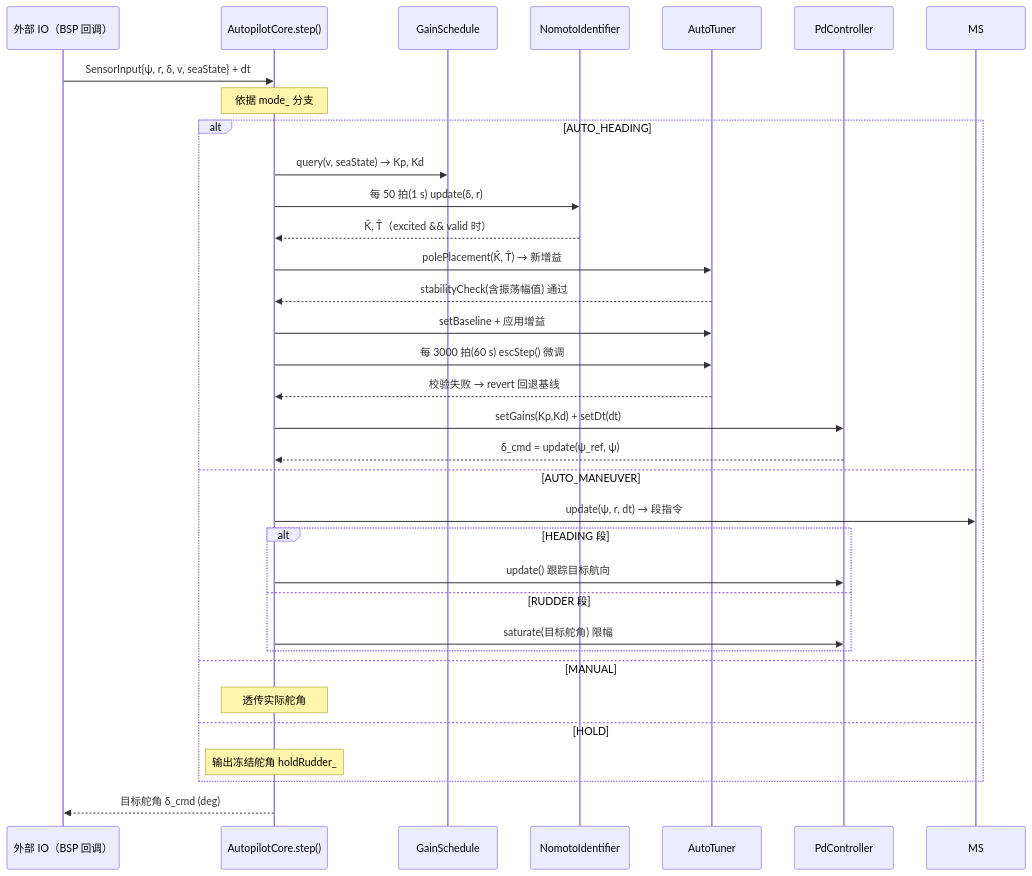
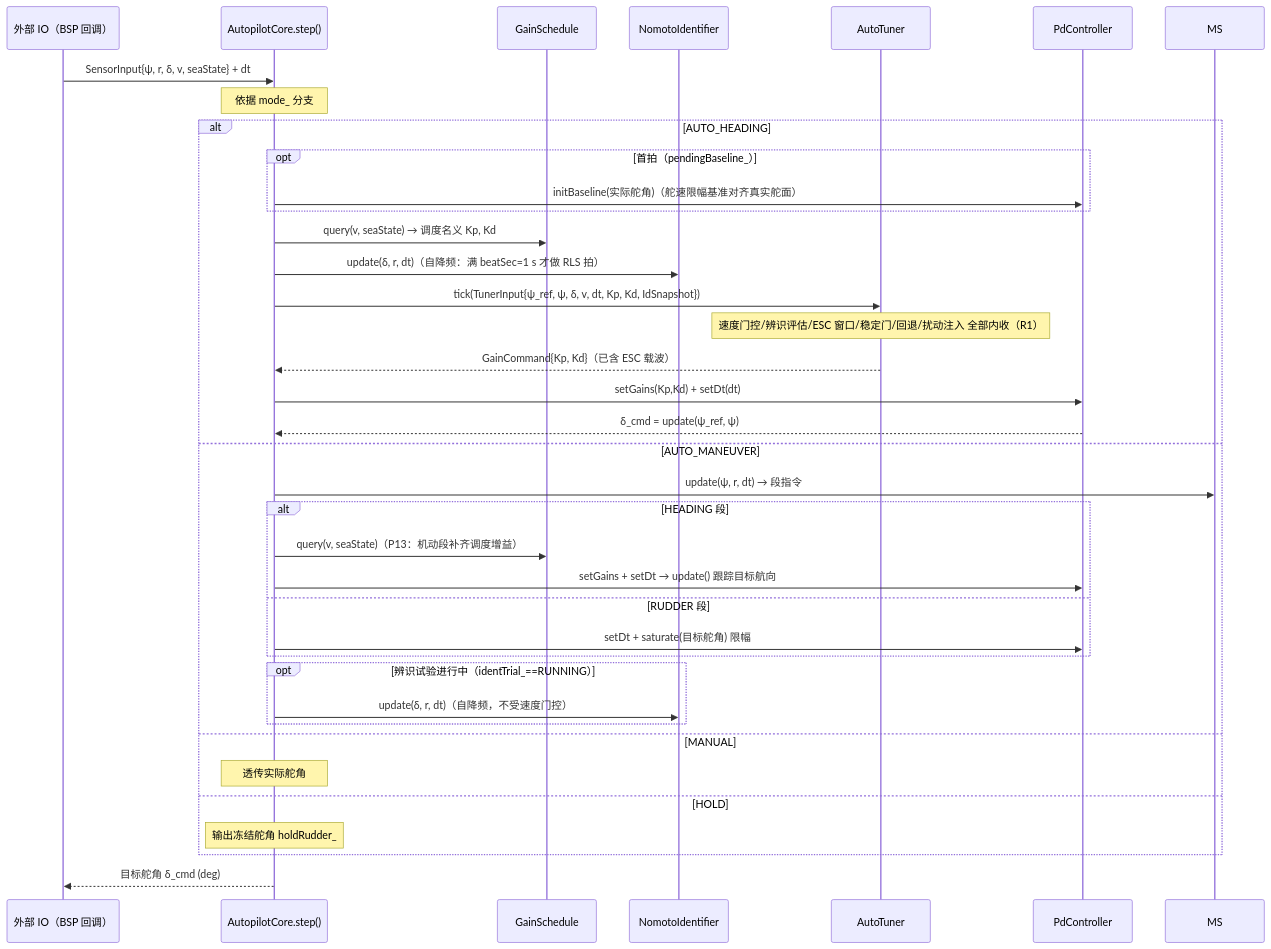
Diagram 11 of 19 in 软件设计与架构文档.md (jimaka/auto_rudder), drawn with Mermaid before and after one commit. The commit also changed other lines of this file and 15 other files, not shown here.

````diff
--- a/软件设计与架构文档.md
+++ b/软件设计与架构文档.md
@@ -395,36 +519,40 @@
 ```mermaid
 sequenceDiagram
     participant EXT as 外部 IO（BSP 回调）
     participant AP as AutopilotCore.step()
     participant GS as GainSchedule
     participant ID as NomotoIdentifier
     participant TU as AutoTuner
     participant PD as PdController
 
     EXT->>AP: SensorInput{ψ, r, δ, v, seaState} + dt
     Note over AP: 依据 mode_ 分支
     alt AUTO_HEADING
-        AP->>GS: query(v, seaState) → Kp, Kd
-        AP->>ID: 每 50 拍(1 s) update(δ, r)
-        ID-->>AP: K̂, T̂（excited && valid 时）
-        AP->>TU: polePlacement(K̂, T̂) → 新增益
-        TU-->>AP: stabilityCheck(含振荡幅值) 通过
-        AP->>TU: setBaseline + 应用增益
-        AP->>TU: 每 3000 拍(60 s) escStep() 微调
-        TU-->>AP: 校验失败 → revert 回退基线
+        opt 首拍（pendingBaseline_）
+            AP->>PD: initBaseline(实际舵角)（舵速限幅基准对齐真实舵面）
+        end
+        AP->>GS: query(v, seaState) → 调度名义 Kp, Kd
+        AP->>ID: update(δ, r, dt)（自降频：满 beatSec=1 s 才做 RLS 拍）
+        AP->>TU: tick(TunerInput{ψ_ref, ψ, δ, v, dt, Kp, Kd, IdSnapshot})
+        Note over TU: 速度门控/辨识评估/ESC 窗口/稳定门/回退/扰动注入 全部内收（R1）
+        TU-->>AP: GainCommand{Kp, Kd}（已含 ESC 载波）
         AP->>PD: setGains(Kp,Kd) + setDt(dt)
         PD-->>AP: δ_cmd = update(ψ_ref, ψ)
     else AUTO_MANEUVER
         AP->>MS: update(ψ, r, dt) → 段指令
         alt HEADING 段
-            AP->>PD: update() 跟踪目标航向
+            AP->>GS: query(v, seaState)（P13：机动段补齐调度增益）
+            AP->>PD: setGains + setDt → update() 跟踪目标航向
         else RUDDER 段
-            AP->>PD: saturate(目标舵角) 限幅
+            AP->>PD: setDt + saturate(目标舵角) 限幅
+        end
+        opt 辨识试验进行中（identTrial_==RUNNING）
+            AP->>ID: update(δ, r, dt)（自降频，不受速度门控）
         end
     else MANUAL
         Note over AP: 透传实际舵角
     else HOLD
         Note over AP: 输出冻结舵角 holdRudder_
     end
     AP-->>EXT: 目标舵角 δ_cmd (deg)
 ```
````
